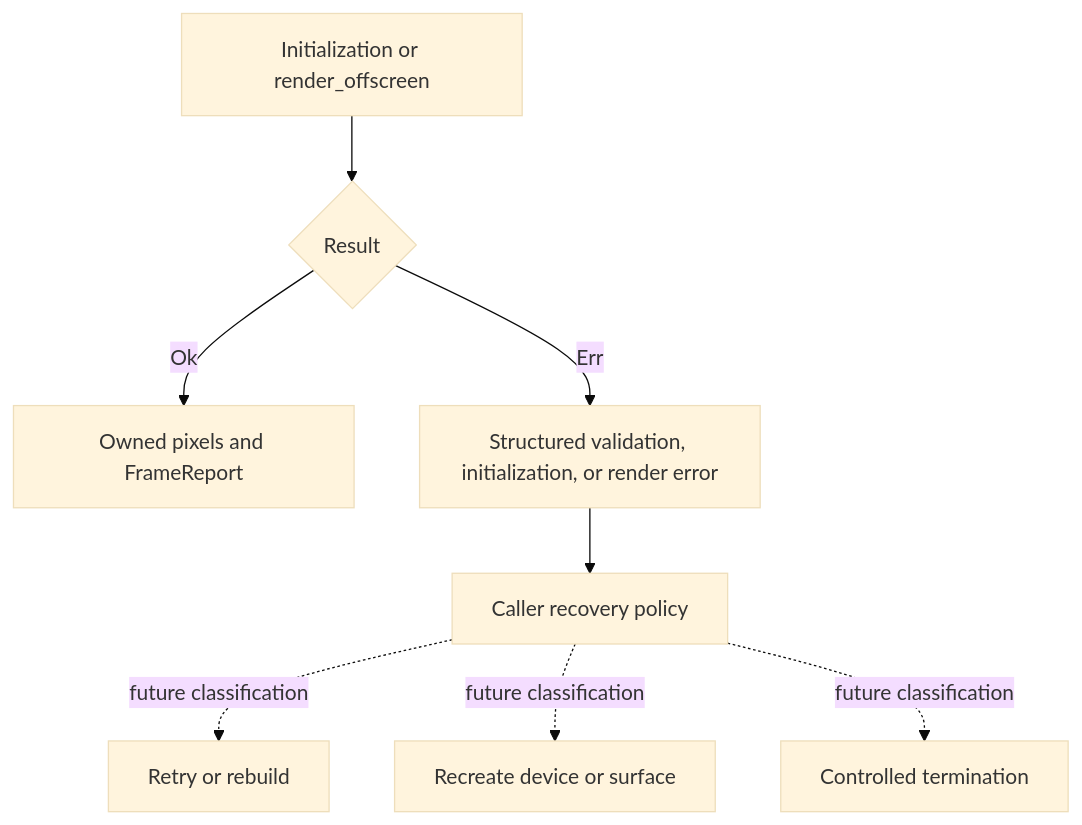
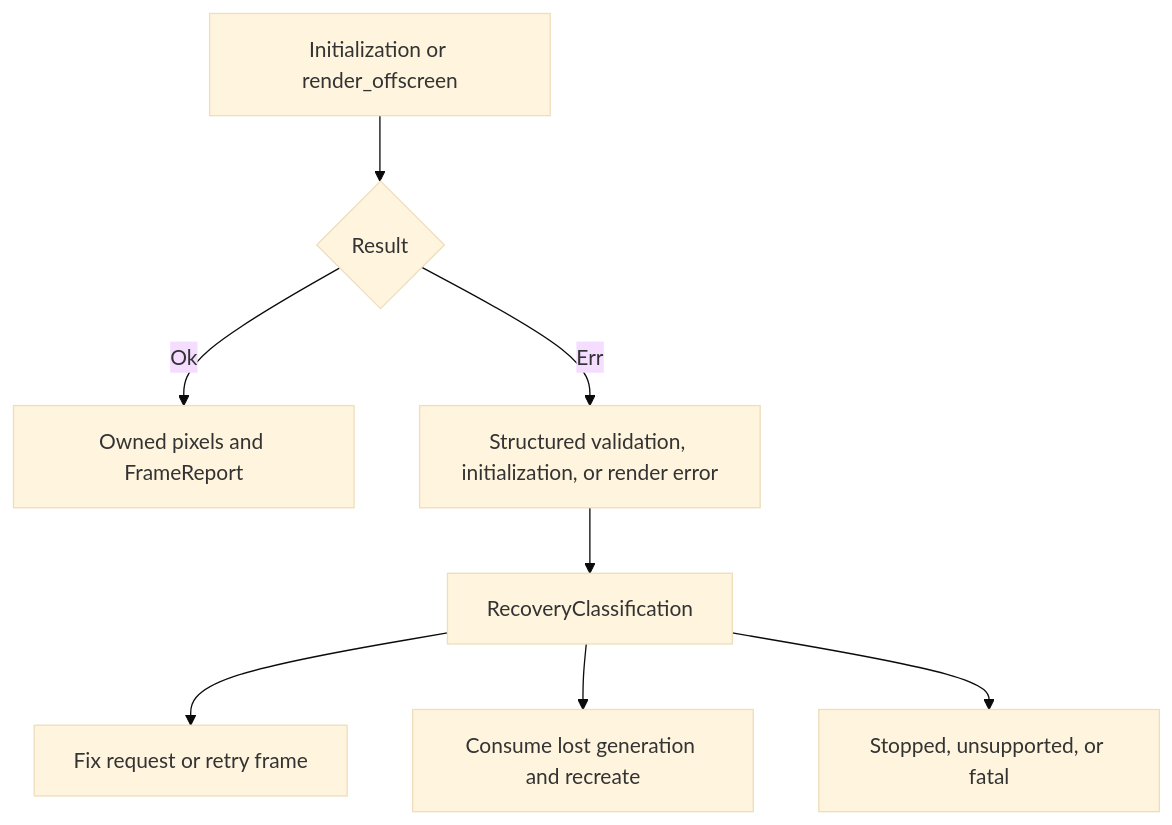
Before and after one commit to dbuddha/alpine-gpui: the sixth of 7 diagrams in ARCHITECTURE.md, drawn with Mermaid (base theme). The commit also changed other lines of this file and 16 other files, not shown here.

````diff
--- a/ARCHITECTURE.md
+++ b/ARCHITECTURE.md
@@ -241,10 +267,10 @@
 ```mermaid
 flowchart TD
     call["Initialization or render_offscreen"] --> outcome{"Result"}
     outcome -->|"Ok"| report["Owned pixels and FrameReport"]
     outcome -->|"Err"| backend_error["Structured validation, initialization, or render error"]
-    backend_error --> caller["Caller recovery policy"]
-    caller -. "future classification" .-> retry["Retry or rebuild"]
-    caller -. "future classification" .-> recreate["Recreate device or surface"]
-    caller -. "future classification" .-> terminate["Controlled termination"]
+    backend_error --> classify["RecoveryClassification"]
+    classify --> retry["Fix request or retry frame"]
+    classify --> recreate["Consume lost generation and recreate"]
+    classify --> terminate["Stopped, unsupported, or fatal"]
 ```
````
